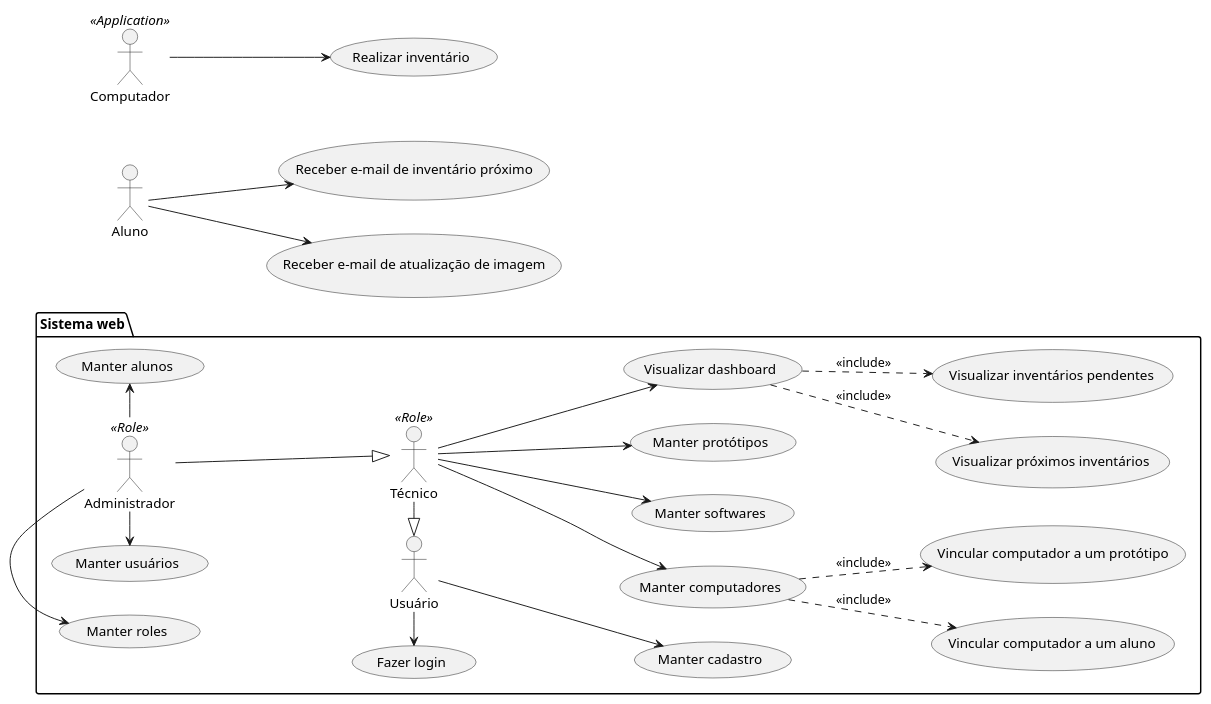
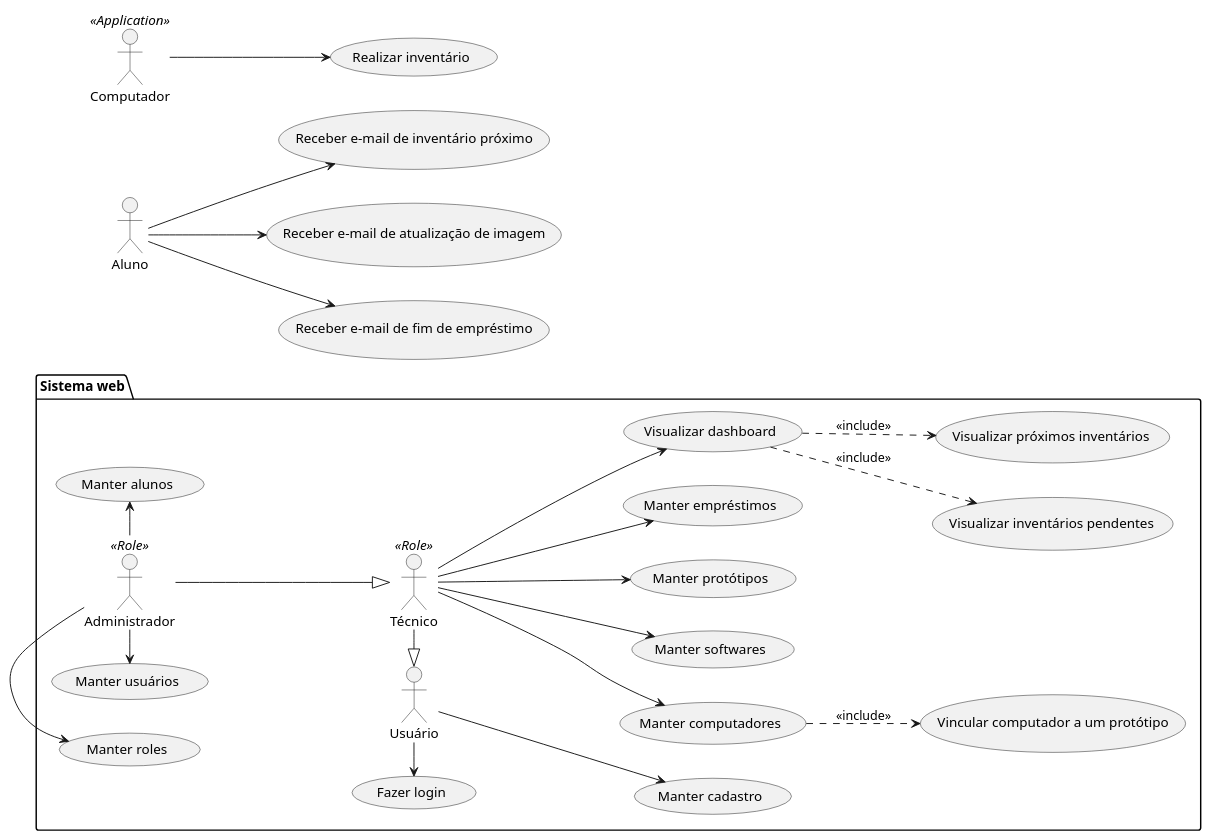
Before and after one commit to kavvata/sigemp: the diagram in plant-uml/casos-de-uso.puml, drawn with PlantUML.

Commit message:
Separado caso de uso de realizar emprestimos de computador

```diff
--- a/plant-uml/casos-de-uso.puml
+++ b/plant-uml/casos-de-uso.puml
@@ -1,38 +1,39 @@
 @startuml usecases
   left to right direction
 
   package "Sistema web" {
     :Usuário: as user
     :Técnico: as tec <<Role>>
     :Administrador: as admin <<Role>>
 
     /' Usuário '/
     user -l-> (Fazer login)
     user --> (Manter cadastro)
 
     /' Técnico '/
     "Visualizar dashboard" as (dash)
     "Manter computadores" as (crudcomp)
     tec -l-|> user
     tec --> (Manter softwares)
     tec --> (Manter protótipos)
+    tec --> (Manter empréstimos)
     tec --> crudcomp
     tec --> dash
     dash ..> (Visualizar próximos inventários) : <<include>>
     dash ..> (Visualizar inventários pendentes) : <<include>>
-    crudcomp ..> (Vincular computador a um aluno) : <<include>>
     crudcomp ..> (Vincular computador a um protótipo) : <<include>>
 
     /' Administrador '/
     admin -d-|> tec
     admin -l-> (Manter usuários)
     admin -l-> (Manter roles)
     admin -> (Manter alunos)
   }
 
   :Aluno: as alu
   alu --> (Receber e-mail de inventário próximo)
   alu --> (Receber e-mail de atualização de imagem)
+  alu --> (Receber e-mail de fim de empréstimo)
   :Computador: as comp <<Application>>
   comp --> (Realizar inventário)
 @enduml
```
